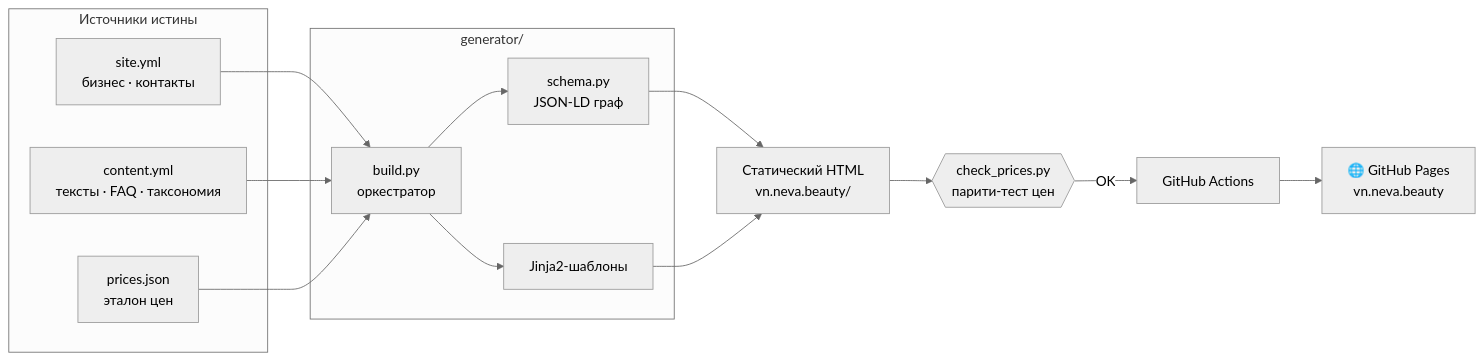
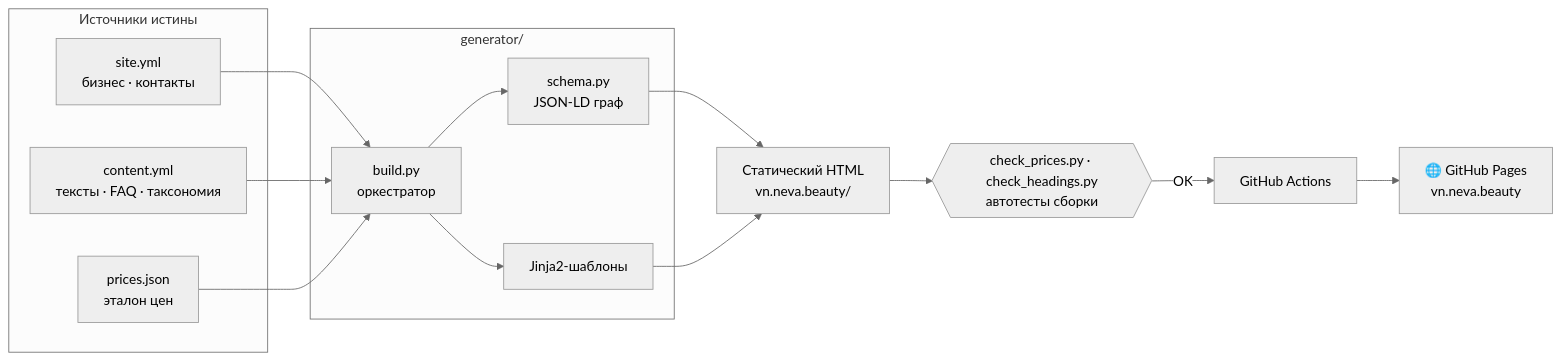
Before and after one commit to jw-git-hub/vn.neva.beauty: the diagram in README.md, drawn with Mermaid (neutral theme). The commit also changed other lines of this file and 3 other files, not shown here.

First line of the commit message:
CI: проверка иерархии заголовков рядом с парити-тестом цен

````diff
--- a/README.md
+++ b/README.md
@@ -81,23 +81,23 @@
 ```mermaid
 flowchart LR
     subgraph SRC["Источники истины"]
         A["site.yml<br/>бизнес · контакты"]
         B["content.yml<br/>тексты · FAQ · таксономия"]
         C["prices.json<br/>эталон цен"]
     end
     subgraph GEN["generator/"]
         D["build.py<br/>оркестратор"]
         E["schema.py<br/>JSON-LD граф"]
         F["Jinja2-шаблоны"]
     end
     A --> D
     B --> D
     C --> D
     D --> E
     D --> F
     E --> G["Статический HTML<br/>vn.neva.beauty/"]
     F --> G
-    G --> H{{"check_prices.py<br/>парити-тест цен"}}
+    G --> H{{"check_prices.py · check_headings.py<br/>автотесты сборки"}}
     H -->|OK| I["GitHub Actions"]
     I --> J["🌐 GitHub Pages<br/>vn.neva.beauty"]
 ```
````
